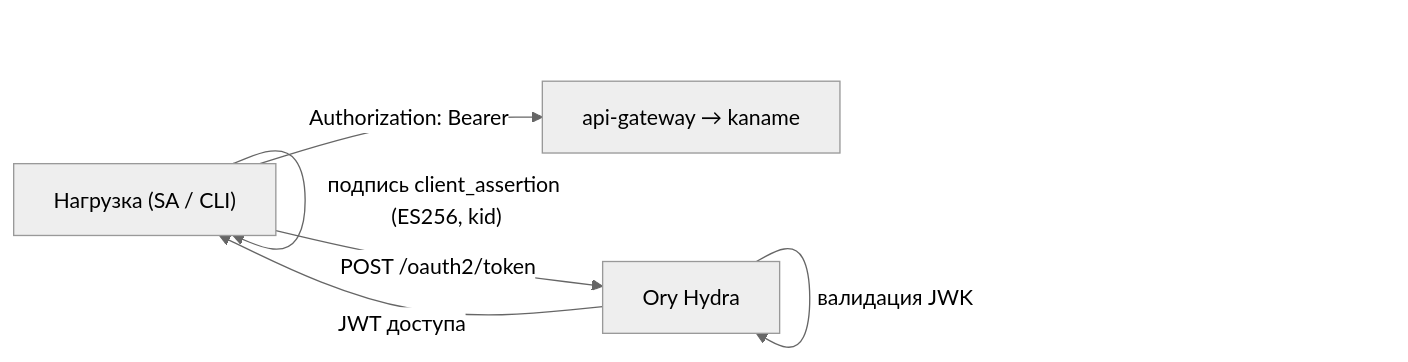
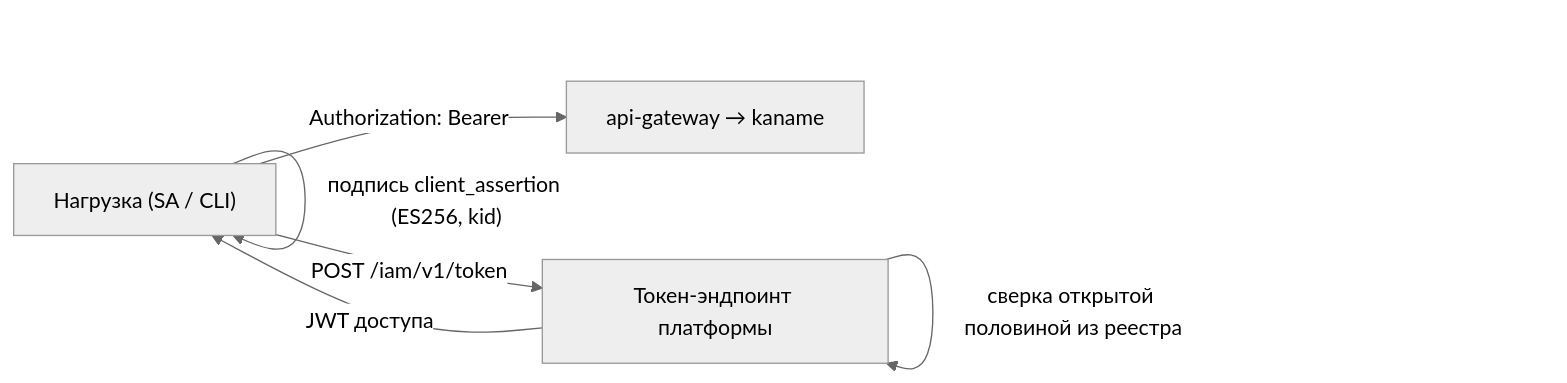
Before and after one commit to PRO-Robotech/kacho: the second of 2 diagrams in services/iam/docs/content/architecture/identity.mdx, drawn with Mermaid (neutral theme). The commit also changed other lines of this file and 140 other files, not shown here.

````diff
--- a/services/iam/docs/content/architecture/identity.mdx
+++ b/services/iam/docs/content/architecture/identity.mdx
@@ -99,8 +114,8 @@
 ```mermaid
 flowchart LR
   wl["Нагрузка (SA / CLI)"] -->|"подпись client_assertion (ES256, kid)"| wl
-  wl -->|"POST /oauth2/token"| hydra["Ory Hydra"]
-  hydra -->|"валидация JWK"| hydra
-  hydra -->|"JWT доступа"| wl
+  wl -->|"POST /iam/v1/token"| iam["Токен-эндпоинт платформы"]
+  iam -->|"сверка открытой половиной из реестра"| iam
+  iam -->|"JWT доступа"| wl
   wl -->|"Authorization: Bearer"| agw["api-gateway → kaname"]
 ```
````
